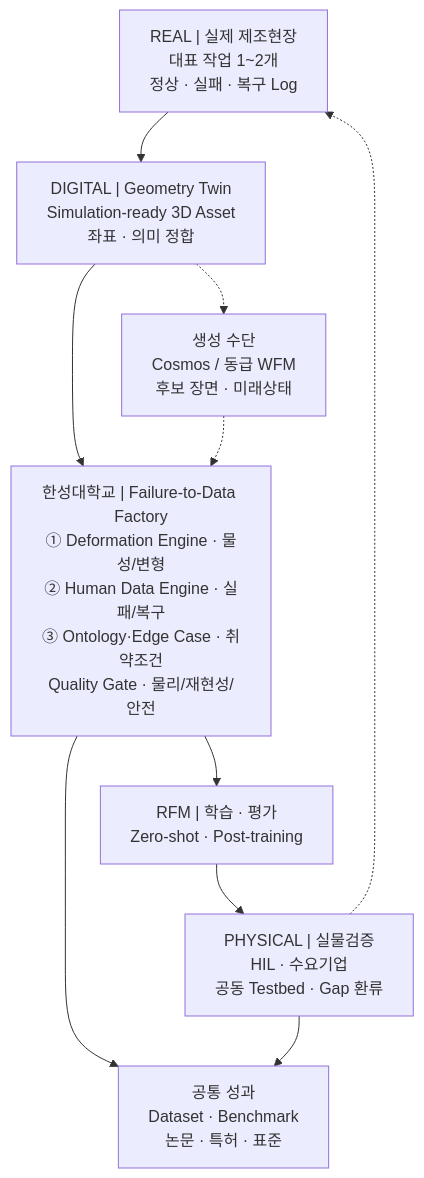
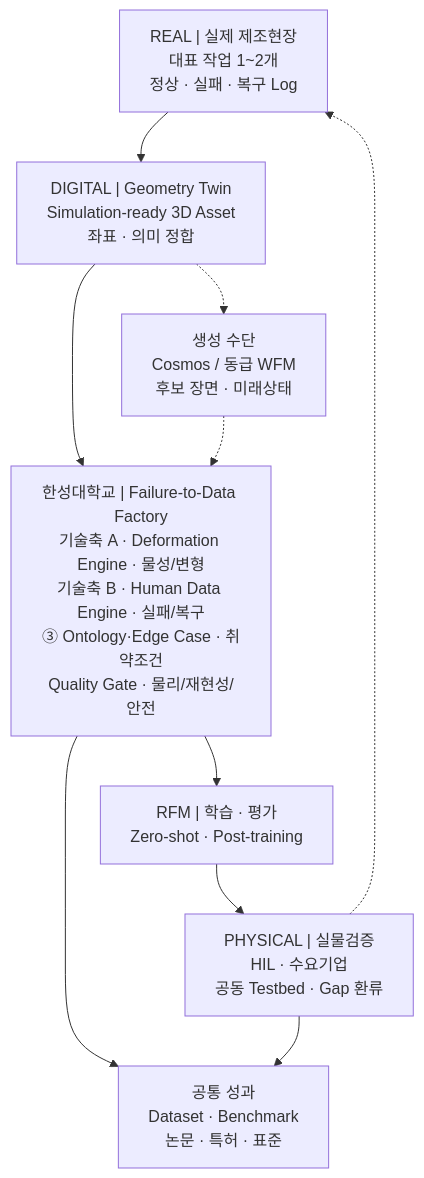
Before and after one commit to parclab-hsu/parclab-hsu.github.io: the first of 2 diagrams in homepage-src/docs/projects/manufacturing-data-factory-rfm/roadmap.md, drawn with Mermaid. The commit also changed other lines of this file and 4 other files, not shown here.

````diff
--- a/homepage-src/docs/projects/manufacturing-data-factory-rfm/roadmap.md
+++ b/homepage-src/docs/projects/manufacturing-data-factory-rfm/roadmap.md
@@ -40,16 +40,16 @@
 ```mermaid
 flowchart TB
     REAL["REAL | 실제 제조현장<br/>대표 작업 1~2개<br/>정상 · 실패 · 복구 Log"]
     GEO["DIGITAL | Geometry Twin<br/>Simulation-ready 3D Asset<br/>좌표 · 의미 정합"]
     WFM["생성 수단<br/>Cosmos / 동급 WFM<br/>후보 장면 · 미래상태"]
-    CORE["한성대학교 | Failure-to-Data Factory<br/>① Deformation Engine · 물성/변형<br/>② Human Data Engine · 실패/복구<br/>③ Ontology·Edge Case · 취약조건<br/>Quality Gate · 물리/재현성/안전"]
+    CORE["한성대학교 | Failure-to-Data Factory<br/>기술축 A · Deformation Engine · 물성/변형<br/>기술축 B · Human Data Engine · 실패/복구<br/>③ Ontology·Edge Case · 취약조건<br/>Quality Gate · 물리/재현성/안전"]
     RFM["RFM | 학습 · 평가<br/>Zero-shot · Post-training"]
     TEST["PHYSICAL | 실물검증<br/>HIL · 수요기업<br/>공동 Testbed · Gap 환류"]
     OUTPUT["공통 성과<br/>Dataset · Benchmark<br/>논문 · 특허 · 표준"]
 
     REAL --> GEO --> CORE --> RFM --> TEST
     GEO -.-> WFM -.-> CORE
     CORE --> OUTPUT
     TEST --> OUTPUT
     TEST -.-> REAL
 ```
````
